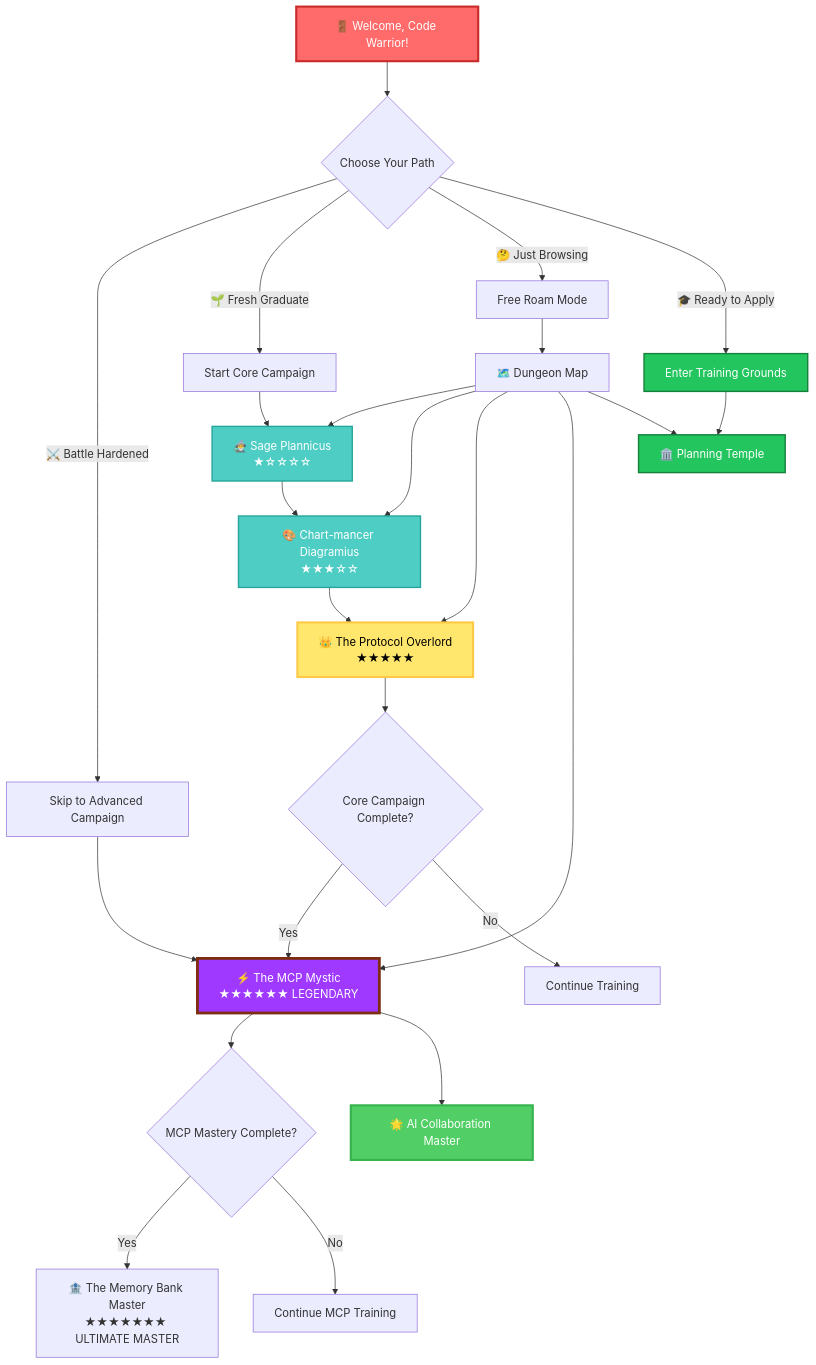
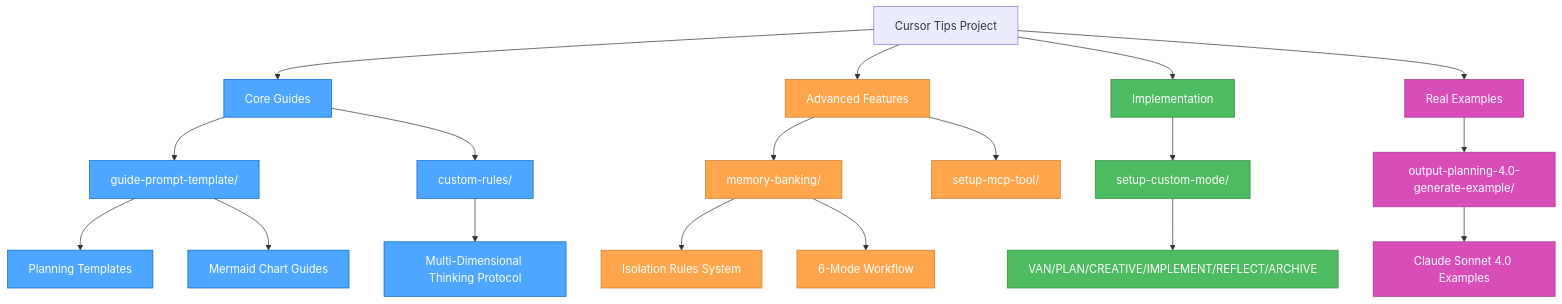
One commit to giang6283623/cursor-tip changed the first of 8 diagrams in README.md. Above: the diagram before and after it, drawn with Mermaid. The commit also changed other lines of this file and 7 other files, not shown here.

````diff
--- a/README.md
+++ b/README.md
@@ -5,47 +9,38 @@
 ```mermaid
 graph TD
-    Start[🚪 Welcome, Code Warrior!] --> CharCreate{Choose Your Path}
+    Root[Cursor Tips Project] --> Core[Core Guides]
+    Root --> Advanced[Advanced Features]
+    Root --> Implementation[Implementation]
+    Root --> Examples[Real Examples]
 
-    CharCreate -->|"⚔️ Battle Hardened"| Veteran[Skip to Advanced Campaign]
-    CharCreate -->|"🌱 Fresh Graduate"| Beginner[Start Core Campaign]
-    CharCreate -->|"🤔 Just Browsing"| Explorer[Free Roam Mode]
-    CharCreate -->|"🎓 Ready to Apply"| TrainingMode[Enter Training Grounds]
+    Core --> GuideTemplate[guide-prompt-template/]
+    Core --> CustomRules[custom-rules/]
 
-    Beginner --> Quest1[🧙‍♂️ Sage Plannicus<br/>★☆☆☆☆]
-    Quest1 --> Quest2[🎨 Chart-mancer Diagramius<br/>★★★☆☆]
-    Quest2 --> Quest3[👑 The Protocol Overlord<br/>★★★★★]
+    Advanced --> MemoryBanking[memory-banking/]
+    Advanced --> MCPTools[setup-mcp-tool/]
 
-    Quest3 --> UnlockAdvanced{Core Campaign Complete?}
-    UnlockAdvanced -->|"Yes"| AdvancedQuest[⚡ The MCP Mystic<br/>★★★★★★ LEGENDARY]
-    UnlockAdvanced -->|"No"| KeepTraining[Continue Training]
+    Implementation --> SetupModes[setup-custom-mode/]
+    Examples --> OutputPlanning[output-planning-4.0-generate-example/]
 
-    AdvancedQuest --> UnlockUltimate{MCP Mastery Complete?}
-    UnlockUltimate -->|"Yes"| UltimateQuest[🏦 The Memory Bank Master<br/>★★★★★★★ ULTIMATE MASTER]
-    UnlockUltimate -->|"No"| ContinueMCP[Continue MCP Training]
+    GuideTemplate --> Planning[Planning Templates]
+    GuideTemplate --> Mermaid[Mermaid Chart Guides]
 
-    TrainingMode --> TrainingGrounds[🏛️ Planning Temple]
-    AdvancedQuest --> MCPMastery[🌟 AI Collaboration Master]
+    CustomRules --> Protocol[Multi-Dimensional Thinking Protocol]
 
-    Explorer --> Map[🗺️ Dungeon Map]
-    Veteran --> AdvancedQuest
+    MemoryBanking --> IsolationRules[Isolation Rules System]
+    MemoryBanking --> Workflows[6-Mode Workflow]
 
-    Map --> Quest1
-    Map --> Quest2
-    Map --> Quest3
-    Map --> AdvancedQuest
-    Map --> TrainingGrounds
+    SetupModes --> ModeSetup[VAN/PLAN/CREATIVE/IMPLEMENT/REFLECT/ARCHIVE]
 
-    classDef start fill:#ff6b6b,stroke:#c92a2a,stroke-width:3px,color:#fff
-    classDef quest fill:#4ecdc4,stroke:#26a69a,stroke-width:2px,color:#fff
-    classDef boss fill:#ffe66d,stroke:#ffc947,stroke-width:3px,color:#000
-    classDef legendary fill:#9f39ff,stroke:#7c2d12,stroke-width:4px,color:#fff
-    classDef training fill:#22c55e,stroke:#15803d,stroke-width:2px,color:#fff
-    classDef victory fill:#51cf66,stroke:#37b24d,stroke-width:3px,color:#fff
+    OutputPlanning --> RealExamples[Claude Sonnet 4.0 Examples]
 
-    class Start start
-    class Quest1,Quest2 quest
-    class Quest3 boss
-    class AdvancedQuest legendary
-    class TrainingMode,TrainingGrounds training
-    class MCPMastery victory
+    classDef core fill:#4da6ff,stroke:#0066cc,color:white
+    classDef advanced fill:#ffa64d,stroke:#cc7a30,color:white
+    classDef implementation fill:#4dbb5f,stroke:#36873f,color:white
+    classDef examples fill:#d94dbb,stroke:#a3378a,color:white
+
+    class Core,GuideTemplate,CustomRules,Planning,Mermaid,Protocol core
+    class Advanced,MemoryBanking,MCPTools,IsolationRules,Workflows advanced
+    class Implementation,SetupModes,ModeSetup implementation
+    class Examples,OutputPlanning,RealExamples examples
 ```
````
